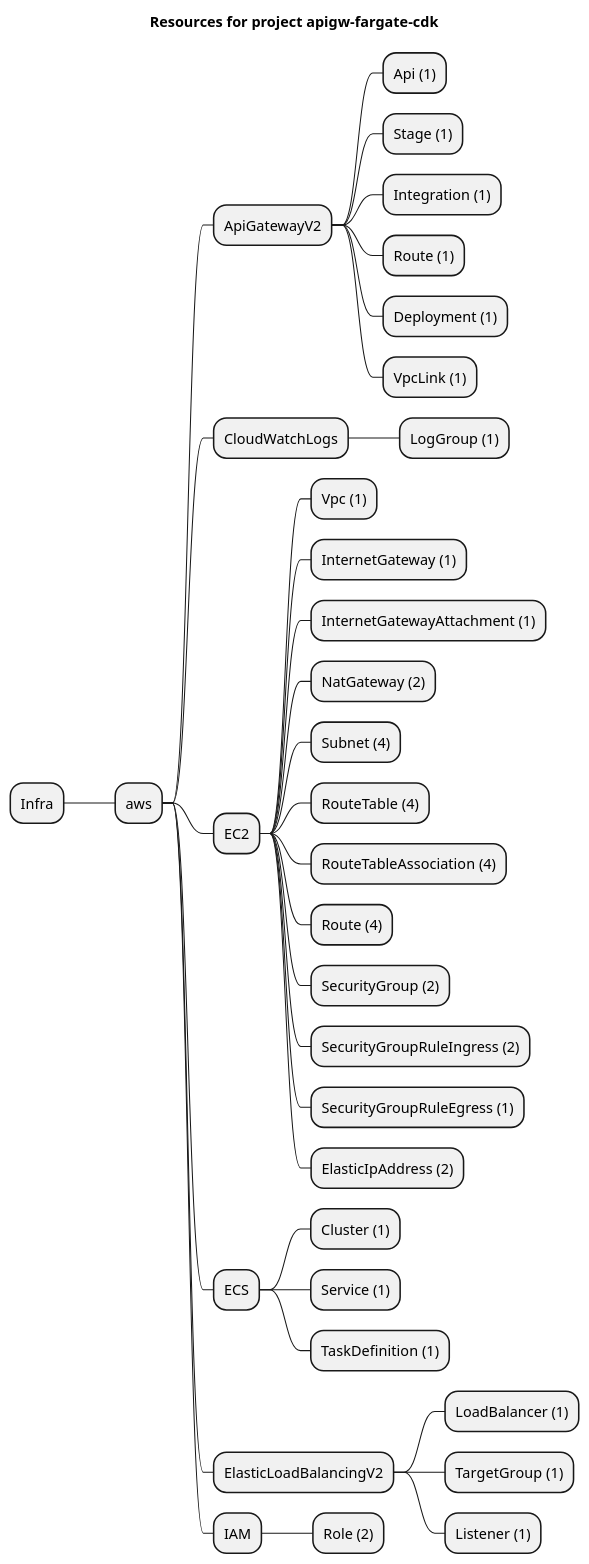
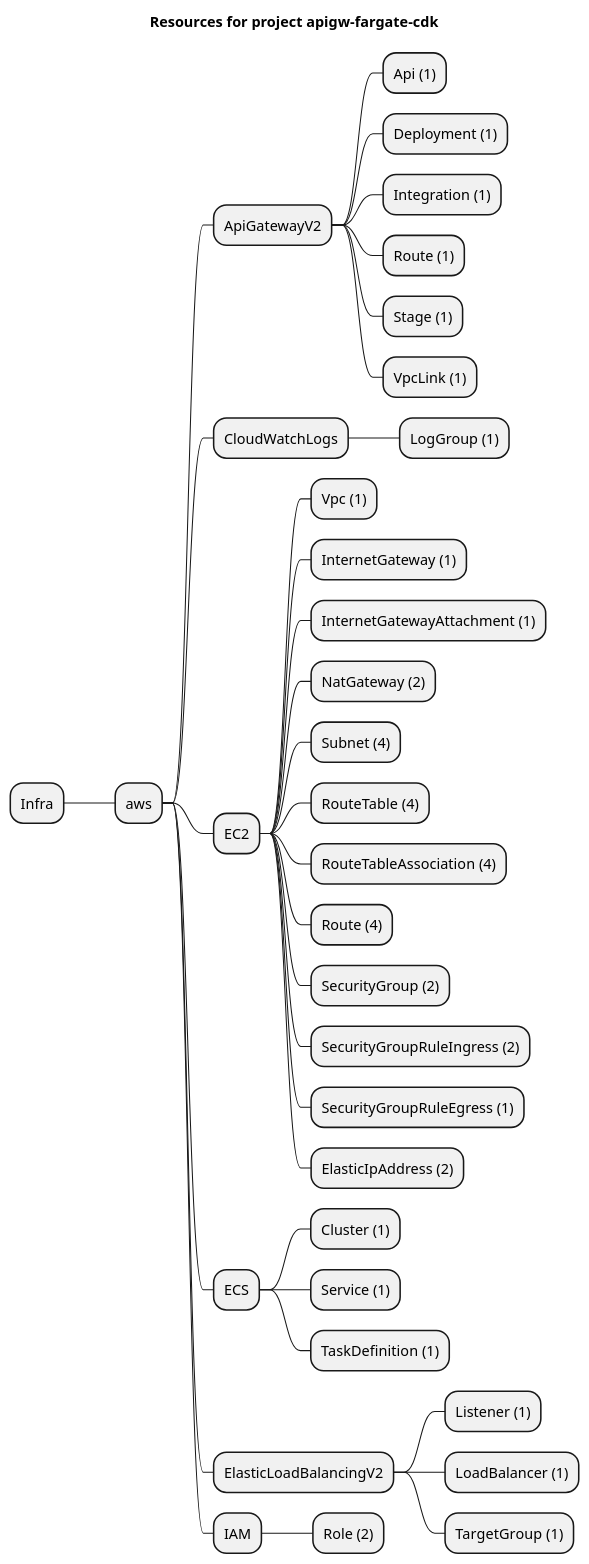
One commit to grucloud/grucloud changed the diagram in examples/aws/serverless-patterns/apigw-fargate-cdk/artifacts/resources-mindmap.puml. Above: the diagram before and after it, drawn with PlantUML. The commit also changed other lines of this file and 44 other files, not shown here.

```diff
--- a/examples/aws/serverless-patterns/apigw-fargate-cdk/artifacts/resources-mindmap.puml
+++ b/examples/aws/serverless-patterns/apigw-fargate-cdk/artifacts/resources-mindmap.puml
@@ -1,38 +1,38 @@
 @startmindmap
 title Resources for project apigw-fargate-cdk
 skinparam monochrome true
 + Infra
 ++ aws
 +++ ApiGatewayV2
 ++++ Api (1)
-++++ Stage (1)
+++++ Deployment (1)
 ++++ Integration (1)
 ++++ Route (1)
-++++ Deployment (1)
+++++ Stage (1)
 ++++ VpcLink (1)
 +++ CloudWatchLogs
 ++++ LogGroup (1)
 +++ EC2
 ++++ Vpc (1)
 ++++ InternetGateway (1)
 ++++ InternetGatewayAttachment (1)
 ++++ NatGateway (2)
 ++++ Subnet (4)
 ++++ RouteTable (4)
 ++++ RouteTableAssociation (4)
 ++++ Route (4)
 ++++ SecurityGroup (2)
 ++++ SecurityGroupRuleIngress (2)
 ++++ SecurityGroupRuleEgress (1)
 ++++ ElasticIpAddress (2)
 +++ ECS
 ++++ Cluster (1)
 ++++ Service (1)
 ++++ TaskDefinition (1)
 +++ ElasticLoadBalancingV2
+++++ Listener (1)
 ++++ LoadBalancer (1)
 ++++ TargetGroup (1)
-++++ Listener (1)
 +++ IAM
 ++++ Role (2)
 @endmindmap
```
